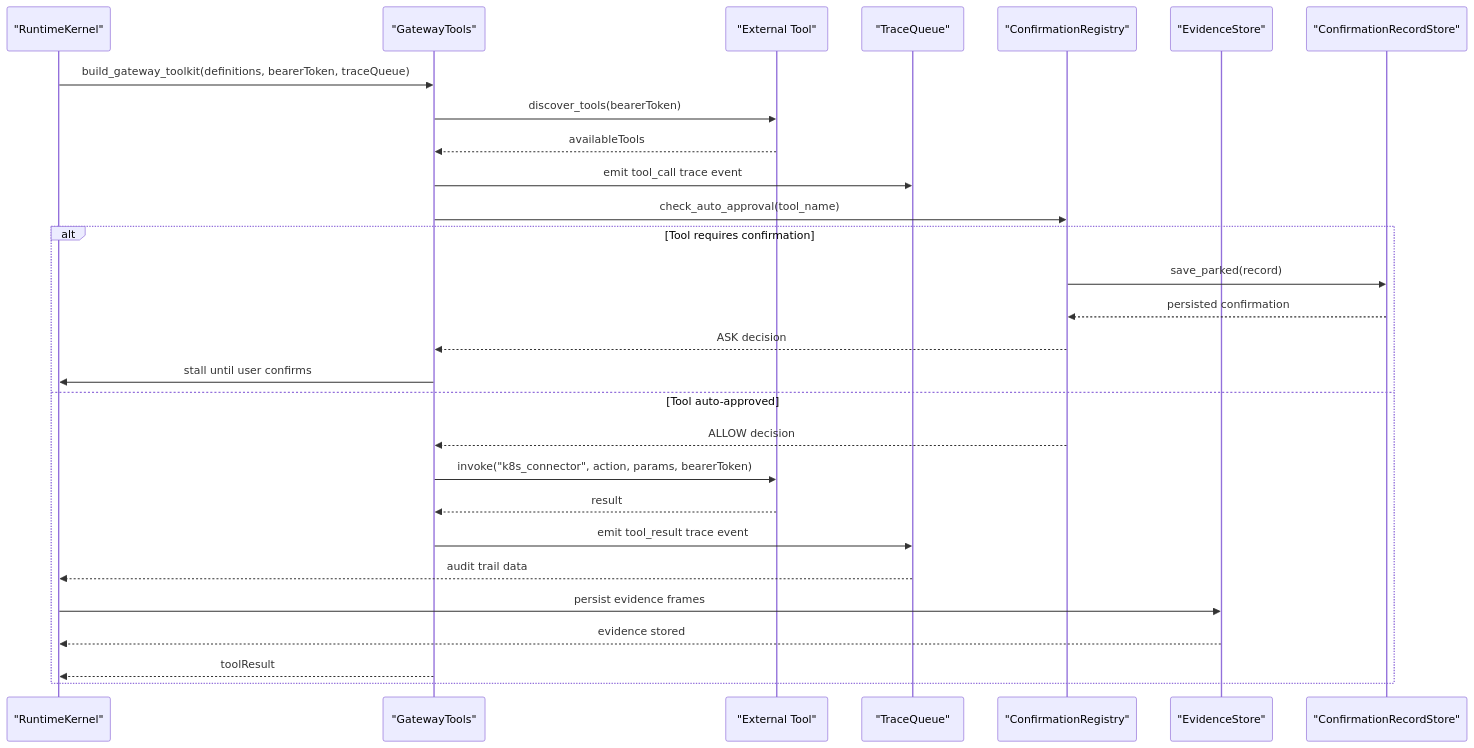
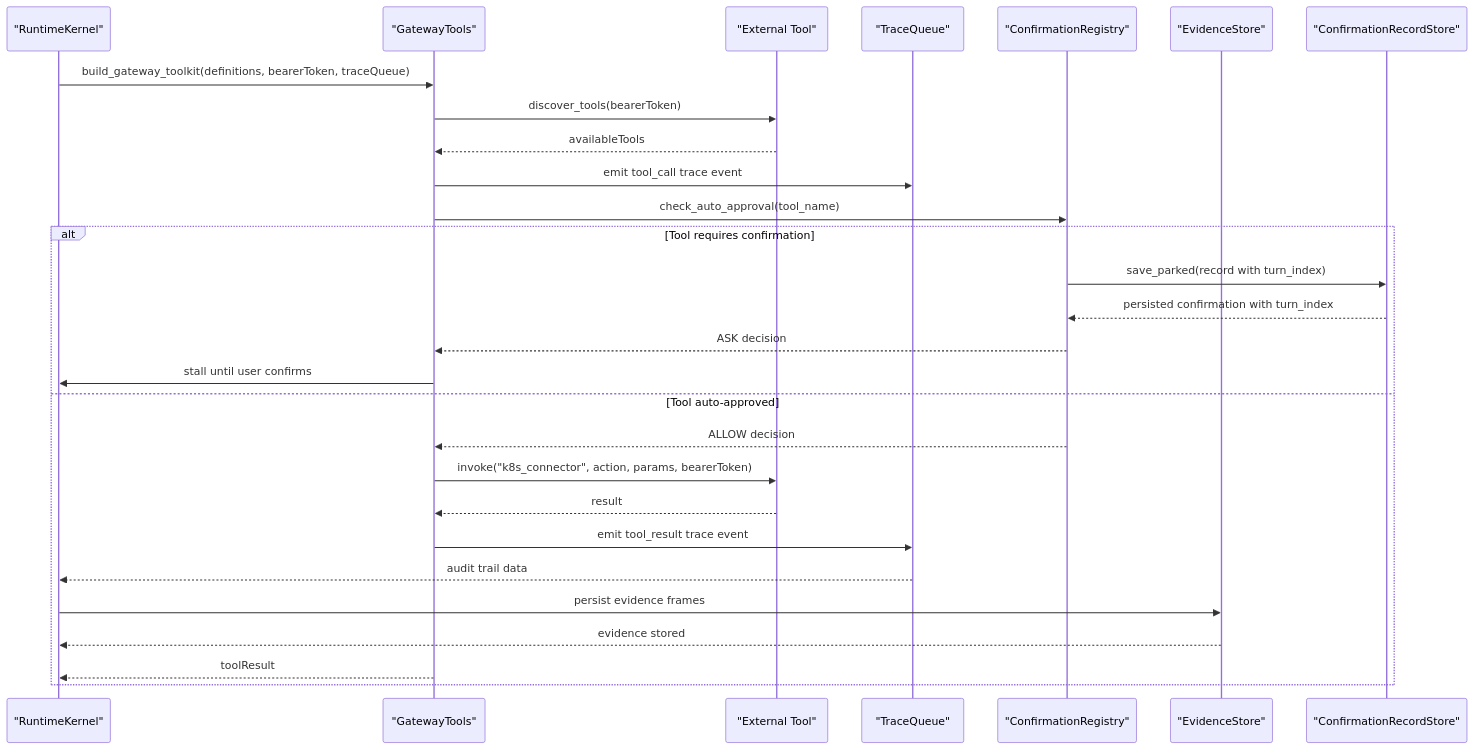
Before and after one commit to metasync/luban-aiops: diagram 15 of 33 in .qoder/repowiki/en/content/Agent Platform Service/Agent Platform Service.md, drawn with Mermaid. The commit also changed other lines of this file and 5 other files, not shown here.

````diff
--- a/.qoder/repowiki/en/content/Agent Platform Service/Agent Platform Service.md
+++ b/.qoder/repowiki/en/content/Agent Platform Service/Agent Platform Service.md
@@ -961,30 +986,30 @@
 ```mermaid
 sequenceDiagram
 participant Kernel as "RuntimeKernel"
 participant GatewayTools as "GatewayTools"
 participant External as "External Tool"
 participant Trace as "TraceQueue"
 participant HITL as "ConfirmationRegistry"
 participant EvStore as "EvidenceStore"
 participant ConfirmStore as "ConfirmationRecordStore"
 Kernel->>GatewayTools : build_gateway_toolkit(definitions, bearerToken, traceQueue)
 GatewayTools->>External : discover_tools(bearerToken)
 External-->>GatewayTools : availableTools
 GatewayTools->>Trace : emit tool_call trace event
 GatewayTools->>HITL : check_auto_approval(tool_name)
 alt Tool requires confirmation
-HITL->>ConfirmStore : save_parked(record)
-ConfirmStore-->>HITL : persisted confirmation
+HITL->>ConfirmStore : save_parked(record with turn_index)
+ConfirmStore-->>HITL : persisted confirmation with turn_index
 HITL-->>GatewayTools : ASK decision
 GatewayTools->>Kernel : stall until user confirms
 else Tool auto-approved
 HITL-->>GatewayTools : ALLOW decision
 GatewayTools->>External : invoke("k8s_connector", action, params, bearerToken)
 External-->>GatewayTools : result
 GatewayTools->>Trace : emit tool_result trace event
 Trace-->>Kernel : audit trail data
 Kernel->>EvStore : persist evidence frames
 EvStore-->>Kernel : evidence stored
 GatewayTools-->>Kernel : toolResult
 end
 ```
````
